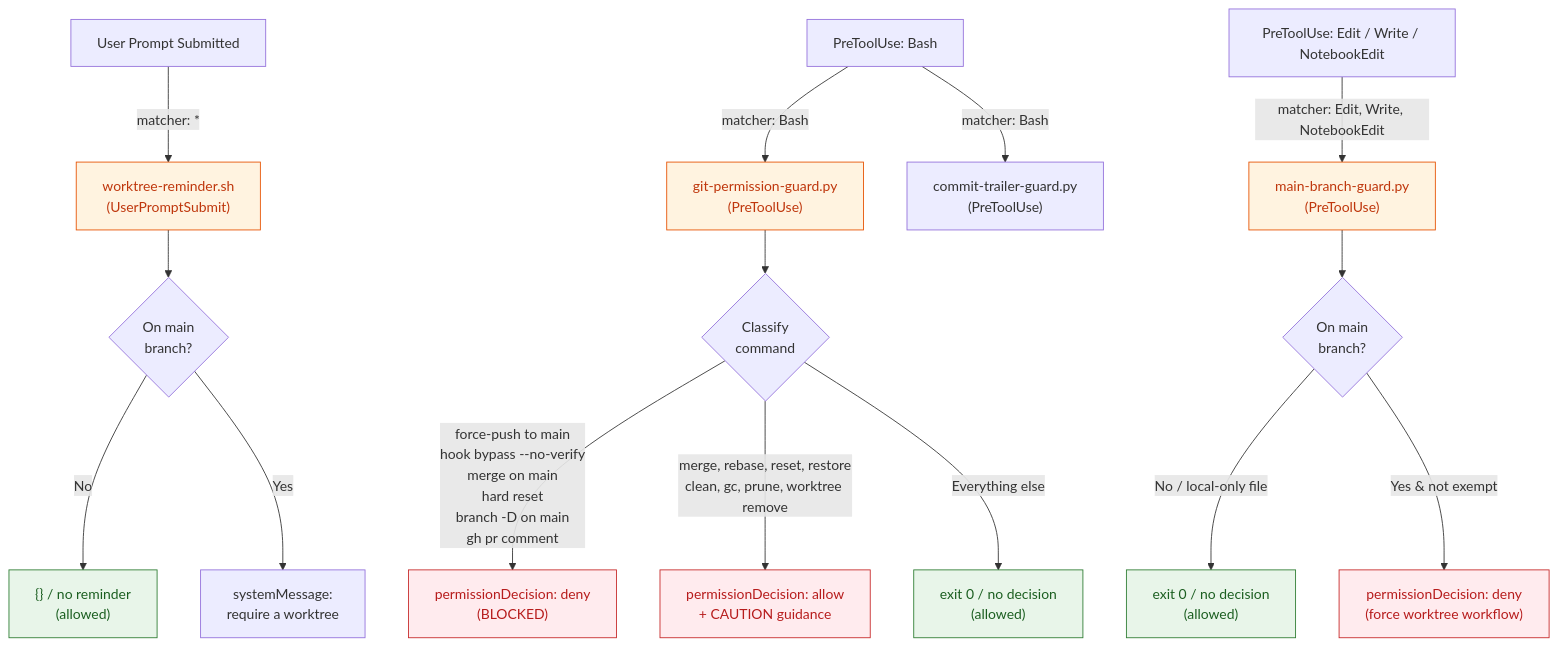
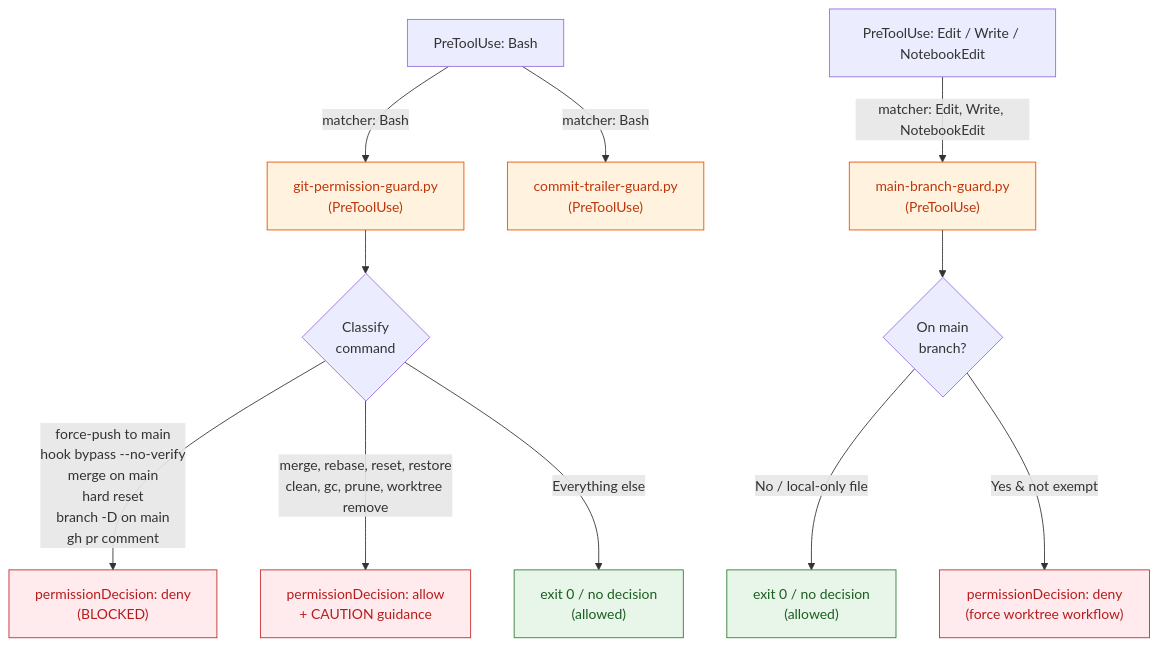
Before and after one commit to dryvist/claude-code-plugins: the first of 2 diagrams in git-guards/ARCHITECTURE.md, drawn with Mermaid. The commit also changed other lines of this file and 5 other files, not shown here.

First line of the commit message:
fix(git-guards): remove the worktree-reminder UserPromptSubmit hook

````diff
--- a/git-guards/ARCHITECTURE.md
+++ b/git-guards/ARCHITECTURE.md
@@ -9,32 +9,26 @@
 ```mermaid
 flowchart TD
-    UP["User Prompt Submitted"]
     PT_BASH["PreToolUse: Bash"]
     PT_EDIT["PreToolUse: Edit / Write / NotebookEdit"]
 
-    UP -->|"matcher: *"| WR["worktree-reminder.sh\n(UserPromptSubmit)"]
     PT_BASH -->|"matcher: Bash"| PG["git-permission-guard.py\n(PreToolUse)"]
     PT_BASH -->|"matcher: Bash"| TG["commit-trailer-guard.py\n(PreToolUse)"]
     PT_EDIT -->|"matcher: Edit, Write, NotebookEdit"| MBG["main-branch-guard.py\n(PreToolUse)"]
-
-    WR --> WR_CHECK{"On main\nbranch?"}
-    WR_CHECK -->|No| WR_ALLOW["{} / no reminder\n(allowed)"]
-    WR_CHECK -->|Yes| WR_WARN["systemMessage:\nrequire a worktree"]
 
     PG --> PG_CLASSIFY{"Classify\ncommand"}
     PG_CLASSIFY -->|"force-push to main\nhook bypass --no-verify\nmerge on main\nhard reset\nbranch -D on main\ngh pr comment"| PG_BLOCK["permissionDecision: deny\n(BLOCKED)"]
     PG_CLASSIFY -->|"merge, rebase, reset, restore\nclean, gc, prune, worktree remove"| PG_CONFIRM["permissionDecision: allow\n+ CAUTION guidance"]
     PG_CLASSIFY -->|"Everything else"| PG_ALLOW["exit 0 / no decision\n(allowed)"]
 
     MBG --> MBG_CHECK{"On main\nbranch?"}
     MBG_CHECK -->|No / local-only file| MBG_ALLOW["exit 0 / no decision\n(allowed)"]
     MBG_CHECK -->|Yes & not exempt| MBG_BLOCK["permissionDecision: deny\n(force worktree workflow)"]
 
     classDef hook fill:#fff3e0,stroke:#e65100,color:#bf360c
     classDef block fill:#ffebee,stroke:#c62828,color:#b71c1c
     classDef allow fill:#e8f5e9,stroke:#2e7d32,color:#1b5e20
 
-    class WR,PG,MBG hook
+    class PG,TG,MBG hook
     class PG_BLOCK,PG_CONFIRM,MBG_BLOCK block
-    class WR_ALLOW,PG_ALLOW,MBG_ALLOW allow
+    class PG_ALLOW,MBG_ALLOW allow
 ```
````
